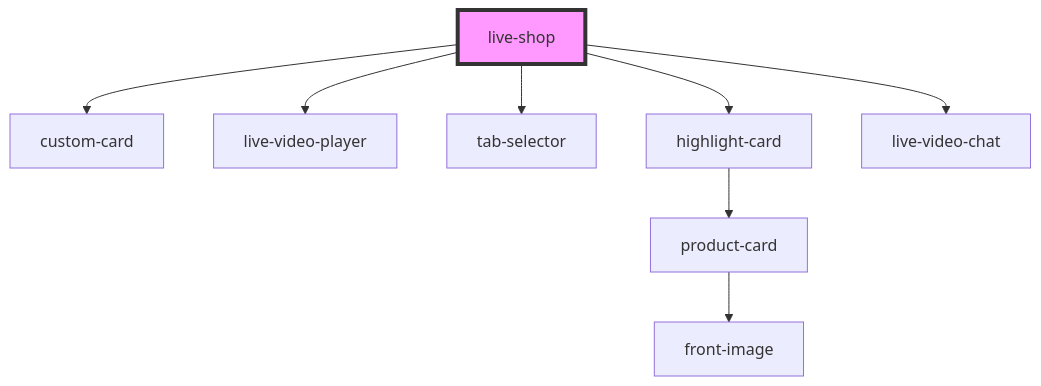
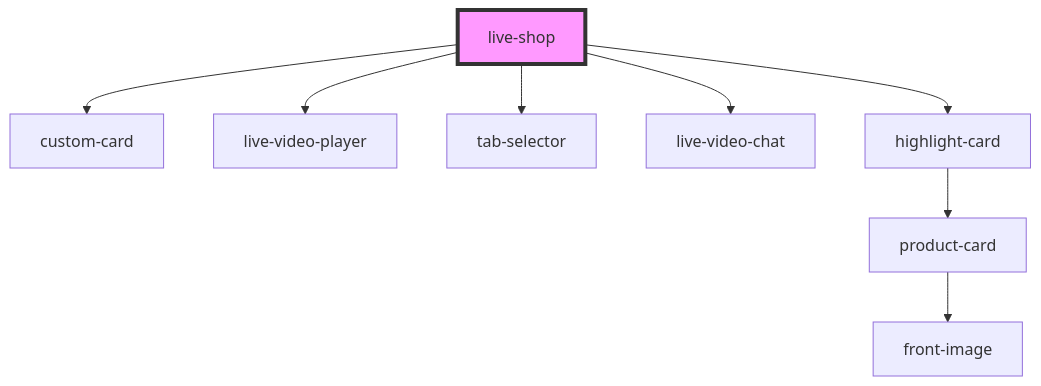
One commit to commerce-suite/storefront-components changed the diagram in src/components/live-shop/readme.md. Above: the diagram before and after it, drawn with Mermaid. The commit also changed other lines of this file and 4 other files, not shown here.

Commit message:
feat: finalização de layout componente live-shop

````diff
--- a/src/components/live-shop/readme.md
+++ b/src/components/live-shop/readme.md
@@ -27,11 +27,11 @@
 ```mermaid
 graph TD;
   live-shop --> custom-card
   live-shop --> live-video-player
   live-shop --> tab-selector
+  live-shop --> live-video-chat
   live-shop --> highlight-card
-  live-shop --> live-video-chat
   highlight-card --> product-card
   product-card --> front-image
   style live-shop fill:#f9f,stroke:#333,stroke-width:4px
 ```
````
